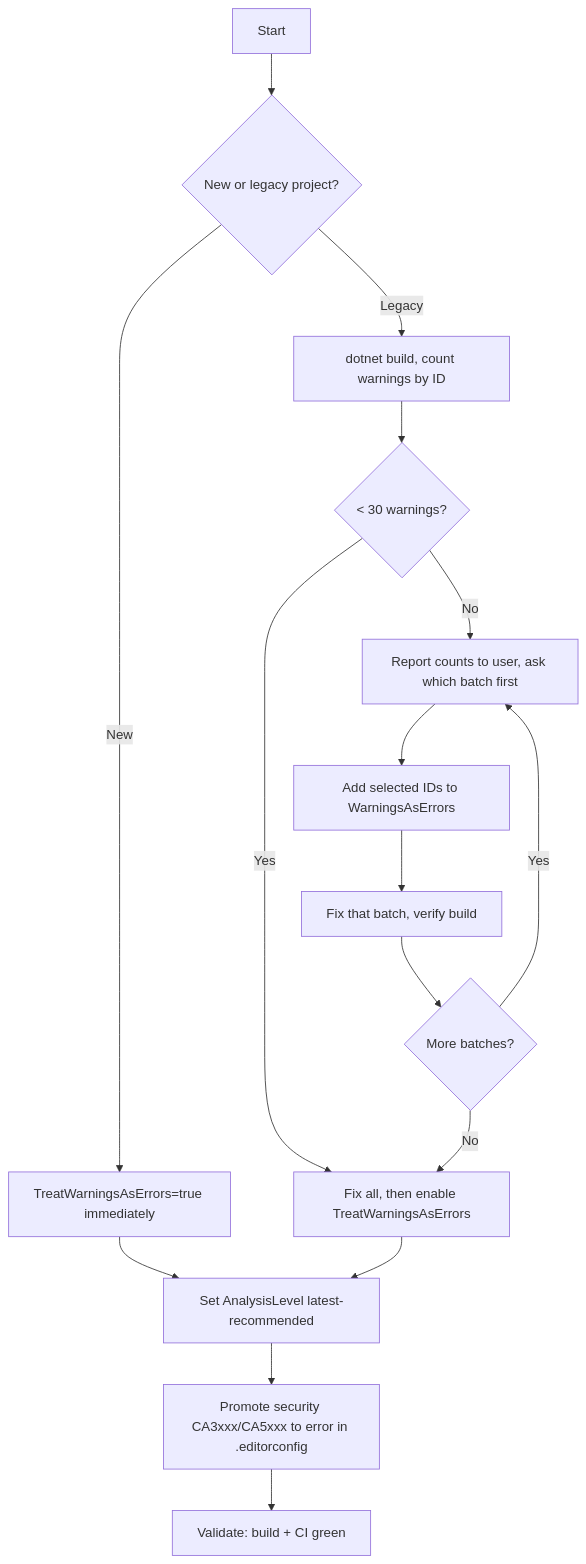
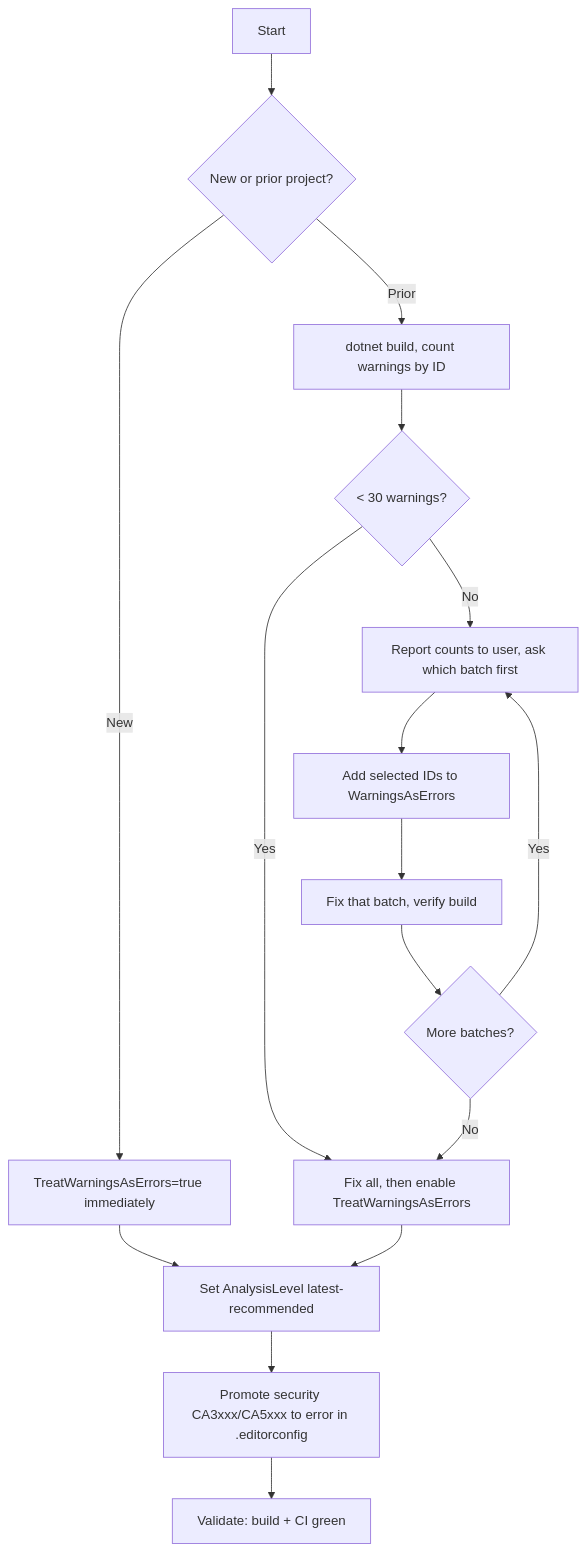
The diagram in .codex/skills/code-analysis/SKILL.md (managedcode/LlmTck), drawn with Mermaid before and after one commit. The commit also changed other lines of this file and 57 other files, not shown here.

````diff
--- a/.codex/skills/code-analysis/SKILL.md
+++ b/.codex/skills/code-analysis/SKILL.md
@@ -39,18 +39,18 @@
 ```mermaid
 flowchart TD
-    A[Start] --> B{New or legacy project?}
+    A[Start] --> B{New or prior project?}
     B -->|New| C[TreatWarningsAsErrors=true immediately]
-    B -->|Legacy| D[dotnet build, count warnings by ID]
+    B -->|Prior| D[dotnet build, count warnings by ID]
     D --> E{"< 30 warnings?"}
     E -->|Yes| F[Fix all, then enable TreatWarningsAsErrors]
     E -->|No| G[Report counts to user, ask which batch first]
     G --> H[Add selected IDs to WarningsAsErrors]
     H --> I[Fix that batch, verify build]
     I --> J{More batches?}
     J -->|Yes| G
     J -->|No| F
     C --> K[Set AnalysisLevel latest-recommended]
     F --> K
     K --> L[Promote security CA3xxx/CA5xxx to error in .editorconfig]
     L --> M[Validate: build + CI green]
 ```
````
